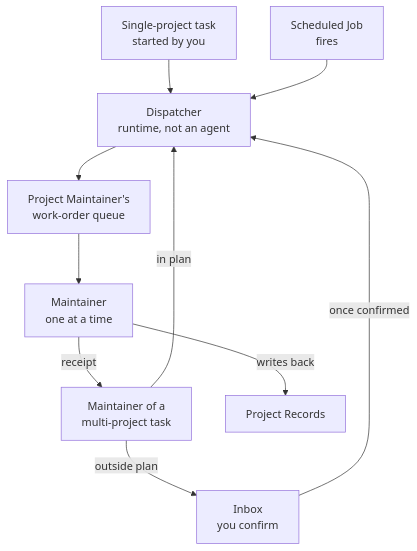
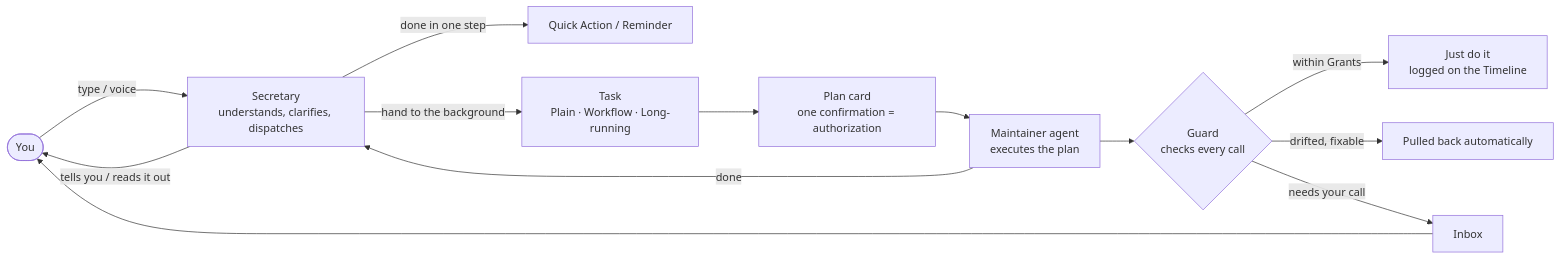
Before and after one commit to catmaniii/ergo: the first of 2 diagrams in README.en.md, drawn with Mermaid. The commit also changed other lines of this file and 14 other files, not shown here.

First line of the commit message:
docs: README 按 0.2.0 重写（第一期亮点：长程任务一次授权执行到底、时间线三层缩放、守卫、三种做法 × 三种触发、项目与维护者、语音、多端；和 OpenClaw 的对照；第二期规划），配经典、贴纸便当、像素小屋三套风格的截图；英文版同步

````diff
--- a/README.en.md
+++ b/README.en.md
@@ -238,21 +31,15 @@
 ```mermaid
-flowchart TB
-    U["Single-project task<br/>started by you"]
-    T["Maintainer of a<br/>multi-project task"]
-    S["Scheduled Job<br/>fires"]
-    I["Inbox<br/>you confirm"]
-    D["Dispatcher<br/>runtime, not an agent"]
-    Q["Project Maintainer's<br/>work-order queue"]
-    M["Maintainer<br/>one at a time"]
-    R["Project Records"]
-
-    U --> D
-    T -->|"in plan"| D
-    T -->|"outside plan"| I
-    I -->|"once confirmed"| D
-    S --> D
-    D --> Q
-    Q --> M
-    M -->|"receipt"| T
-    M -->|"writes back"| R
+flowchart LR
+    U(["You"]) -->|"type / voice"| SEC["Secretary<br/>understands, clarifies, dispatches"]
+    SEC -->|"done in one step"| QA["Quick Action / Reminder"]
+    SEC -->|"hand to the background"| T["Task<br/>Plain · Workflow · Long-running"]
+    T --> PLAN["Plan card<br/>one confirmation = authorization"]
+    PLAN --> M["Maintainer agent<br/>executes the plan"]
+    M --> G{"Guard<br/>checks every call"}
+    G -->|"within Grants"| GO["Just do it<br/>logged on the Timeline"]
+    G -->|"drifted, fixable"| FIX["Pulled back automatically"]
+    G -->|"needs your call"| INBOX["Inbox"]
+    INBOX --> U
+    M -->|"done"| SEC
+    SEC -->|"tells you / reads it out"| U
 ```
````
